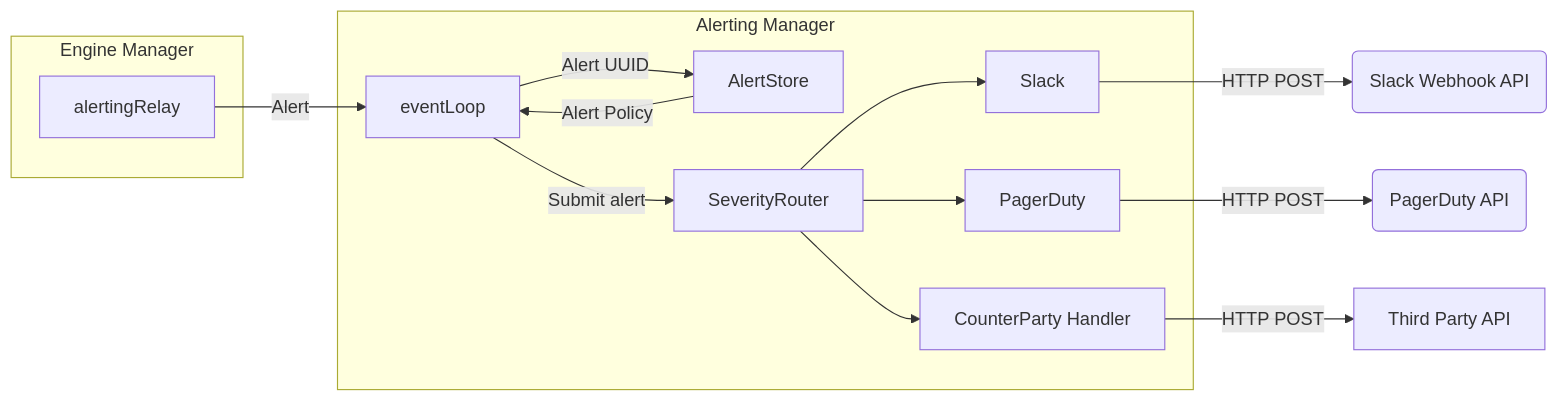
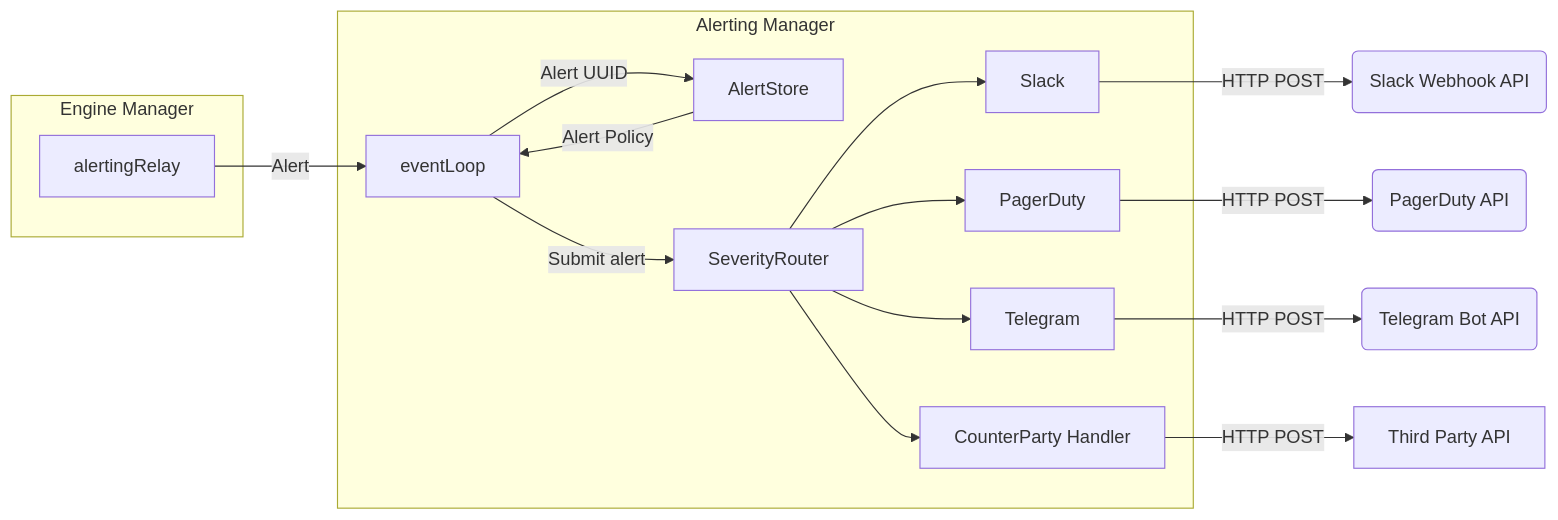
Before and after one commit to base-org/pessimism: the diagram in docs/architecture/alerting.markdown, drawn with Mermaid. The commit also changed other lines of this file, not shown here.

Commit message:
Add initial telegram alert documentation

```diff
--- a/docs/architecture/alerting.markdown
+++ b/docs/architecture/alerting.markdown
@@ -18,22 +18,24 @@
 <div class="mermaid">
 graph LR
 
 subgraph EM["Engine Manager"]
     alertingRelay
 end
 
 subgraph AM["Alerting Manager"]
     alertingRelay --> |Alert|EL
     EL[eventLoop] --> |Alert UUID|AS["AlertStore"]
     AS --> |Alert Policy|EL
     EL --> |Submit alert|SR["SeverityRouter"]
     SR --> SH["Slack"]
     SR --> PH["PagerDuty"]
+    SR --> TH["Telegram"]
     SR --> CPH["CounterParty Handler"]
 
 end
 CPH --> |"HTTP POST"|TPH["Third Party API"]
 SH --> |"HTTP POST"|SlackAPI("Slack Webhook API")
+TH --> |"HTTP POST"|TelegramBotAPI("Telegram Bot API")
 PH --> |"HTTP POST"|PagerDutyAPI("PagerDuty API")
 
 </div>
```
